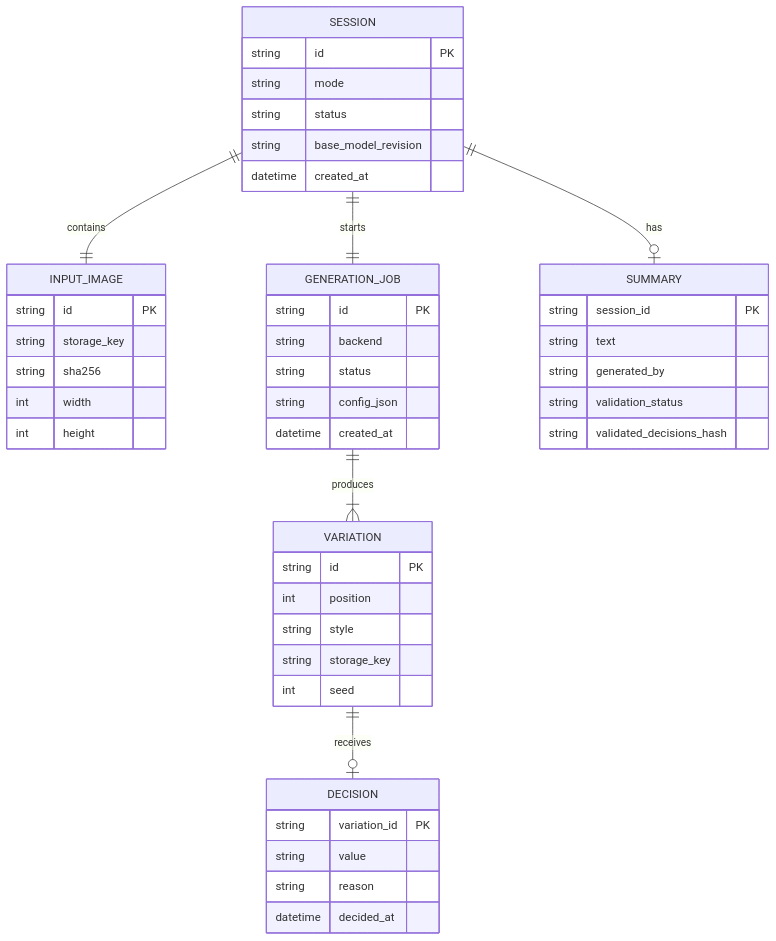
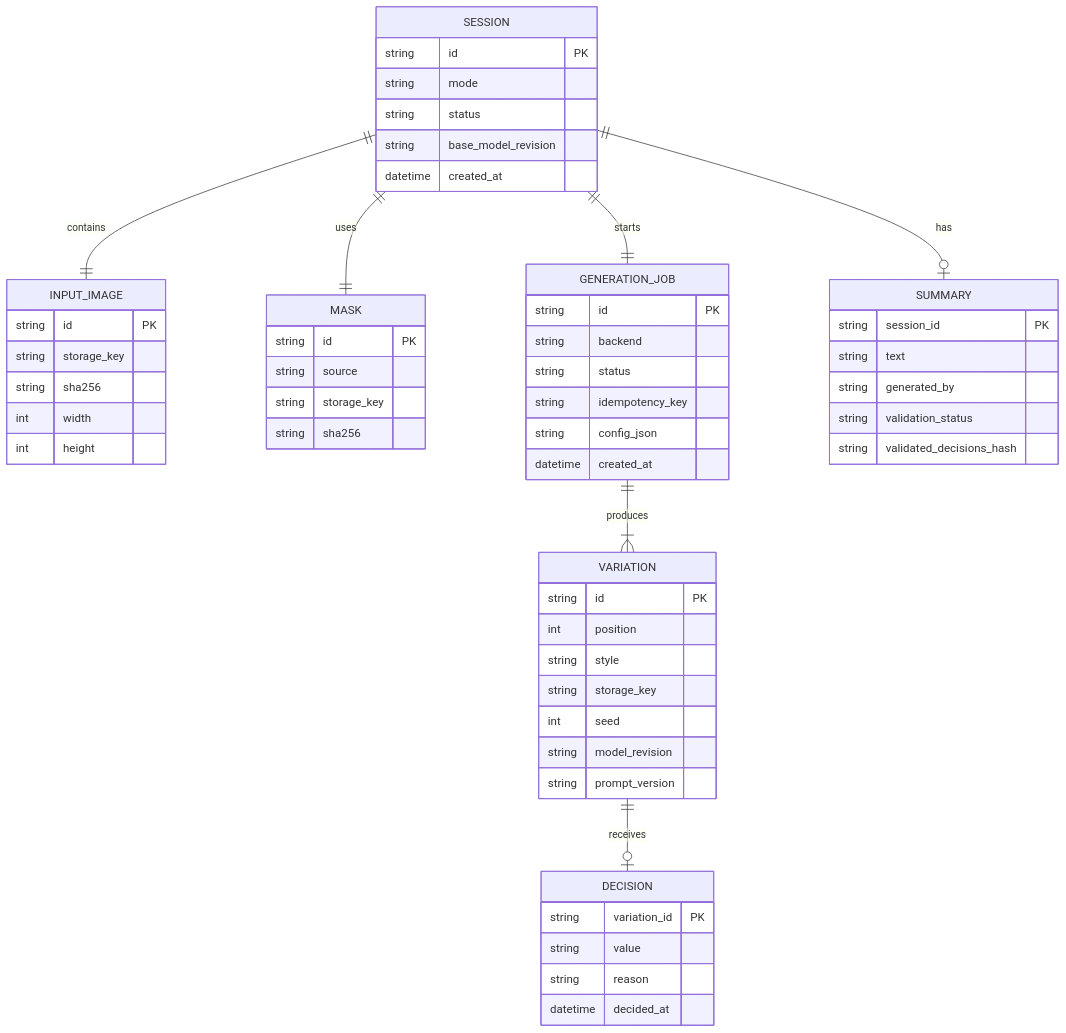
The fourth of 6 diagrams in docs/01_ARQUITECTURA.md (IsaacVera10/productshot-ai), drawn with Mermaid before and after one commit. The commit also changed other lines of this file and 21 other files, not shown here.

First line of the commit message:
Agregar diagramas de arquitectura y flujo

````diff
--- a/docs/01_ARQUITECTURA.md
+++ b/docs/01_ARQUITECTURA.md
@@ -102,49 +104,59 @@
 ```mermaid
 erDiagram
     SESSION ||--|| INPUT_IMAGE : contains
+    SESSION ||--|| MASK : uses
     SESSION ||--|| GENERATION_JOB : starts
     GENERATION_JOB ||--|{ VARIATION : produces
     VARIATION ||--o| DECISION : receives
     SESSION ||--o| SUMMARY : has
     SESSION {
       string id PK
       string mode
       string status
       string base_model_revision
       datetime created_at
     }
     INPUT_IMAGE {
       string id PK
       string storage_key
       string sha256
       int width
       int height
     }
+    MASK {
+      string id PK
+      string source
+      string storage_key
+      string sha256
+    }
     GENERATION_JOB {
       string id PK
       string backend
       string status
+      string idempotency_key
       string config_json
       datetime created_at
     }
     VARIATION {
       string id PK
       int position
       string style
       string storage_key
       int seed
+      string model_revision
+      string prompt_version
     }
     DECISION {
       string variation_id PK
       string value
       string reason
       datetime decided_at
     }
     SUMMARY {
       string session_id PK
       string text
       string generated_by
       string validation_status
       string validated_decisions_hash
     }
 ```
````
